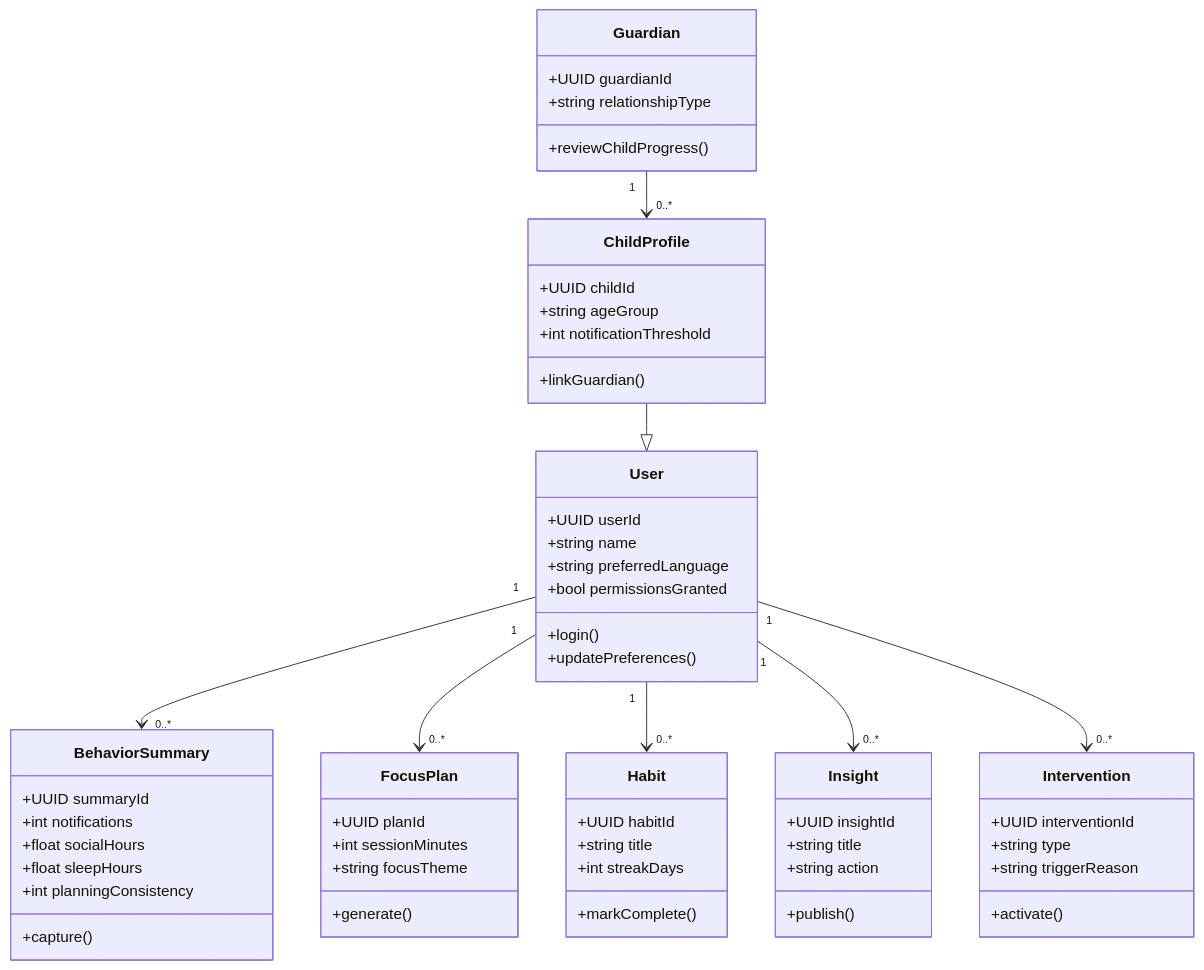
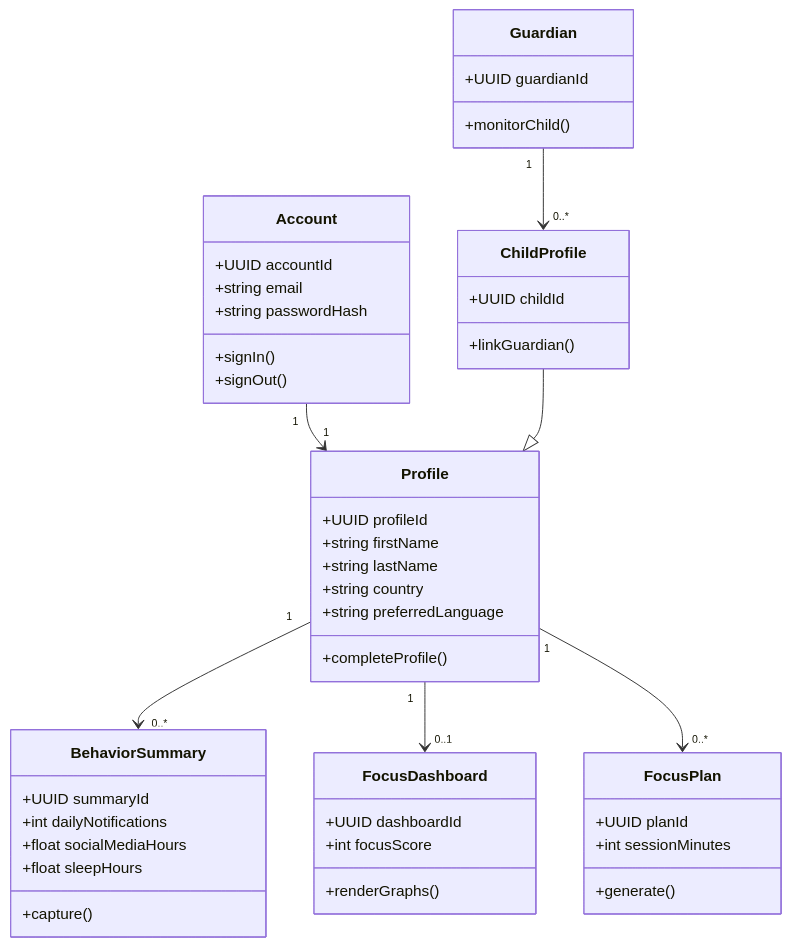
One commit to BasantSaad/brain-rot-X-BRAIN-BOOST changed the sixth of 7 diagrams in ARCHITECTURE_DIAGRAM.md. Above: the diagram before and after it, drawn with Mermaid. The commit also changed other lines of this file and 16 other files, not shown here.

````diff
--- a/ARCHITECTURE_DIAGRAM.md
+++ b/ARCHITECTURE_DIAGRAM.md
@@ -125,69 +120,56 @@
 ```mermaid
 classDiagram
-    class User {
-      +UUID userId
-      +string name
-      +string preferredLanguage
-      +bool permissionsGranted
-      +login()
-      +updatePreferences()
+    class Account {
+      +UUID accountId
+      +string email
+      +string passwordHash
+      +signIn()
+      +signOut()
     }
 
-    class ChildProfile {
-      +UUID childId
-      +string ageGroup
-      +int notificationThreshold
-      +linkGuardian()
-    }
-
-    class Guardian {
-      +UUID guardianId
-      +string relationshipType
-      +reviewChildProgress()
+    class Profile {
+      +UUID profileId
+      +string firstName
+      +string lastName
+      +string country
+      +string preferredLanguage
+      +completeProfile()
     }
 
     class BehaviorSummary {
       +UUID summaryId
-      +int notifications
-      +float socialHours
+      +int dailyNotifications
+      +float socialMediaHours
       +float sleepHours
-      +int planningConsistency
       +capture()
+    }
+
+    class FocusDashboard {
+      +UUID dashboardId
+      +int focusScore
+      +renderGraphs()
     }
 
     class FocusPlan {
       +UUID planId
       +int sessionMinutes
-      +string focusTheme
       +generate()
     }
 
-    class Habit {
-      +UUID habitId
-      +string title
-      +int streakDays
-      +markComplete()
+    class Guardian {
+      +UUID guardianId
+      +monitorChild()
     }
 
-    class Insight {
-      +UUID insightId
-      +string title
-      +string action
-      +publish()
+    class ChildProfile {
+      +UUID childId
+      +linkGuardian()
     }
 
-    class Intervention {
-      +UUID interventionId
-      +string type
-      +string triggerReason
-      +activate()
-    }
-
-    User "1" --> "0..*" BehaviorSummary
-    User "1" --> "0..*" FocusPlan
-    User "1" --> "0..*" Habit
-    User "1" --> "0..*" Insight
-    User "1" --> "0..*" Intervention
-    ChildProfile --|> User
+    Account "1" --> "1" Profile
+    Profile "1" --> "0..*" BehaviorSummary
+    Profile "1" --> "0..1" FocusDashboard
+    Profile "1" --> "0..*" FocusPlan
     Guardian "1" --> "0..*" ChildProfile
+    ChildProfile --|> Profile
 ```
````
